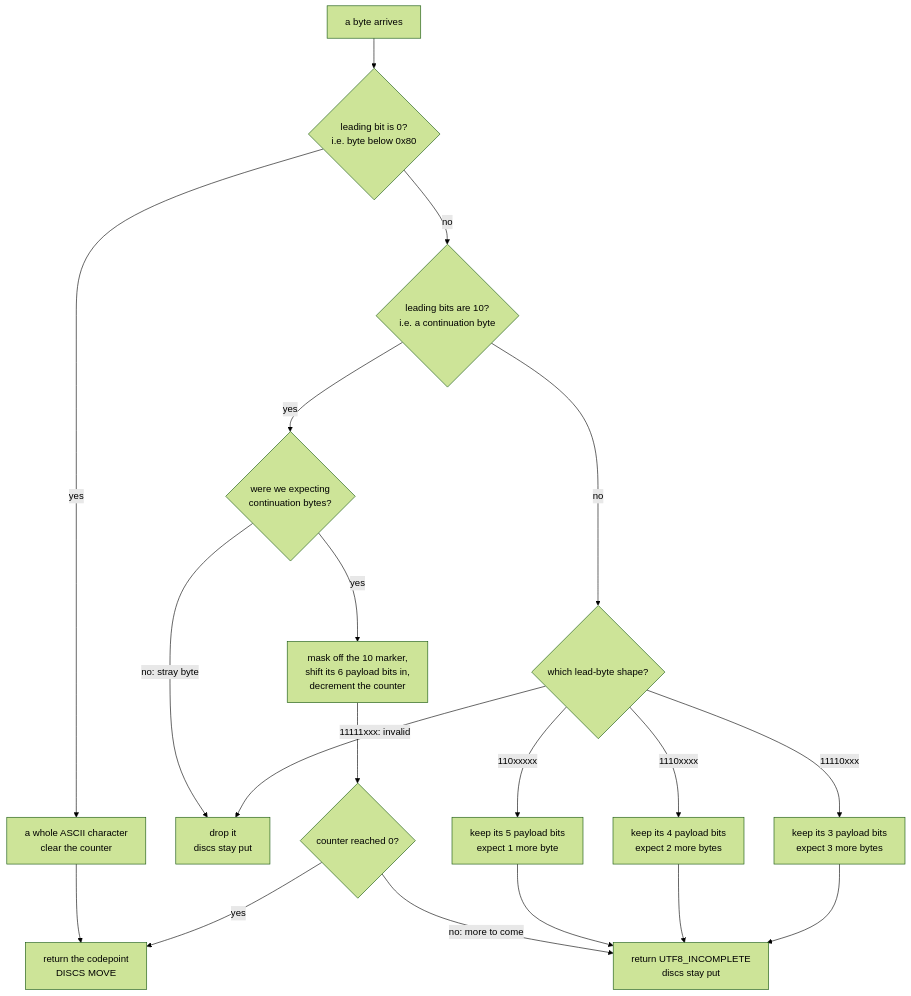
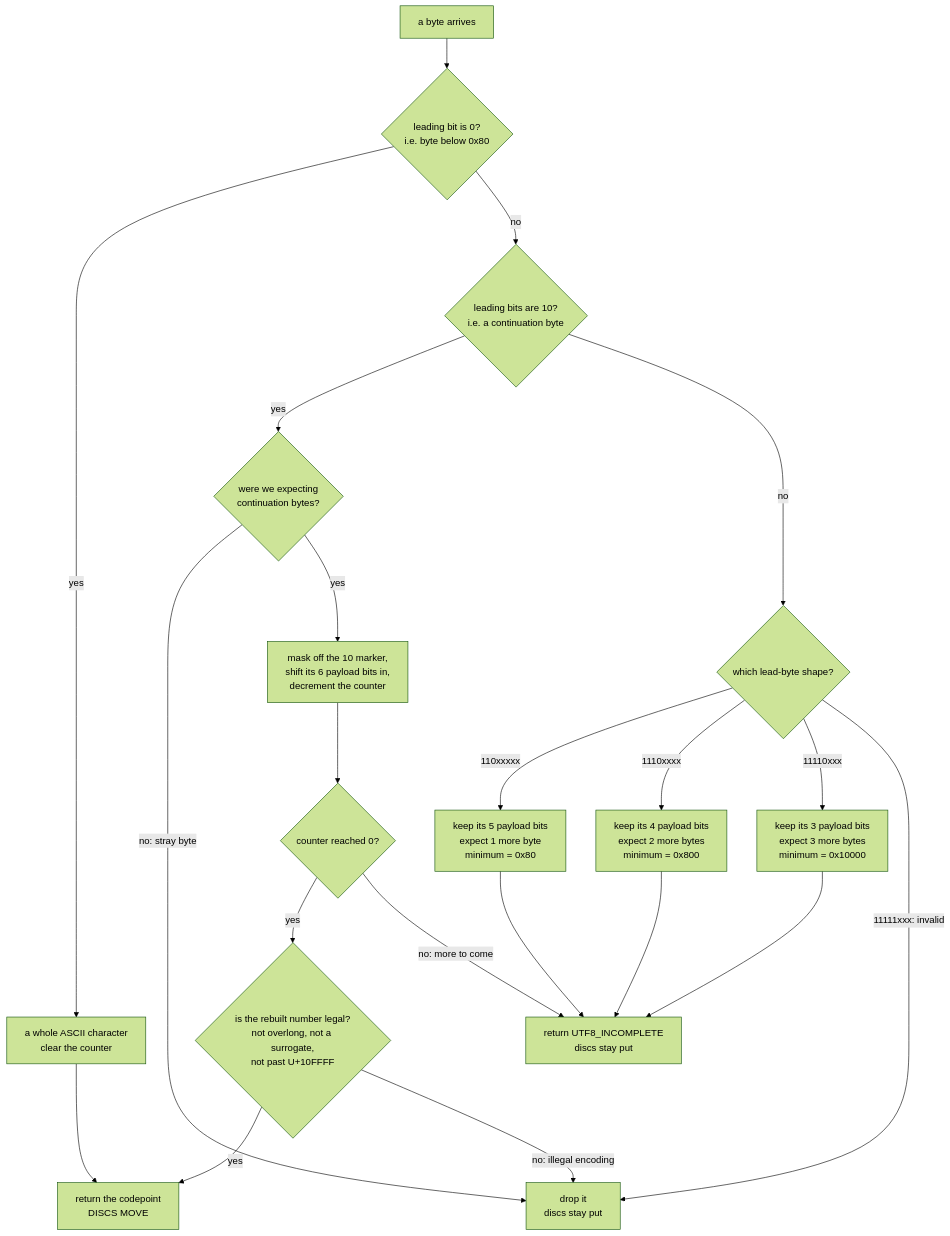
The diagram in docs/07-character-encoding.md (alexbatista/single-cell-braille-controller), drawn with Mermaid (forest theme) before and after one commit. The commit also changed other lines of this file and 3 other files, not shown here.

````diff
--- a/docs/07-character-encoding.md
+++ b/docs/07-character-encoding.md
@@ -352,25 +486,27 @@
 ```mermaid
 flowchart TD
     IN["a byte arrives"] --> ASCII{"leading bit is 0?<br/>i.e. byte below 0x80"}
 
     ASCII -->|yes| A["a whole ASCII character<br/>clear the counter"]
     A --> RENDER["return the codepoint<br/>DISCS MOVE"]
 
     ASCII -->|no| CONT{"leading bits are 10?<br/>i.e. a continuation byte"}
 
     CONT -->|yes| MID{"were we expecting<br/>continuation bytes?"}
     MID -->|"no: stray byte"| DROP["drop it<br/>discs stay put"]
     MID -->|yes| SHIFT["mask off the 10 marker,<br/>shift its 6 payload bits in,<br/>decrement the counter"]
     SHIFT --> DONE{"counter reached 0?"}
-    DONE -->|yes| RENDER
+    DONE -->|yes| LEGAL{"is the rebuilt number legal?<br/>not overlong, not a surrogate,<br/>not past U+10FFFF"}
+    LEGAL -->|yes| RENDER
+    LEGAL -->|"no: illegal encoding"| DROP
     DONE -->|"no: more to come"| WAIT["return UTF8_INCOMPLETE<br/>discs stay put"]
 
     CONT -->|no| LEAD{"which lead-byte shape?"}
-    LEAD -->|"110xxxxx"| L2["keep its 5 payload bits<br/>expect 1 more byte"]
-    LEAD -->|"1110xxxx"| L3["keep its 4 payload bits<br/>expect 2 more bytes"]
-    LEAD -->|"11110xxx"| L4["keep its 3 payload bits<br/>expect 3 more bytes"]
+    LEAD -->|"110xxxxx"| L2["keep its 5 payload bits<br/>expect 1 more byte<br/>minimum = 0x80"]
+    LEAD -->|"1110xxxx"| L3["keep its 4 payload bits<br/>expect 2 more bytes<br/>minimum = 0x800"]
+    LEAD -->|"11110xxx"| L4["keep its 3 payload bits<br/>expect 3 more bytes<br/>minimum = 0x10000"]
     LEAD -->|"11111xxx: invalid"| DROP
     L2 --> WAIT
     L3 --> WAIT
     L4 --> WAIT
 ```
````
